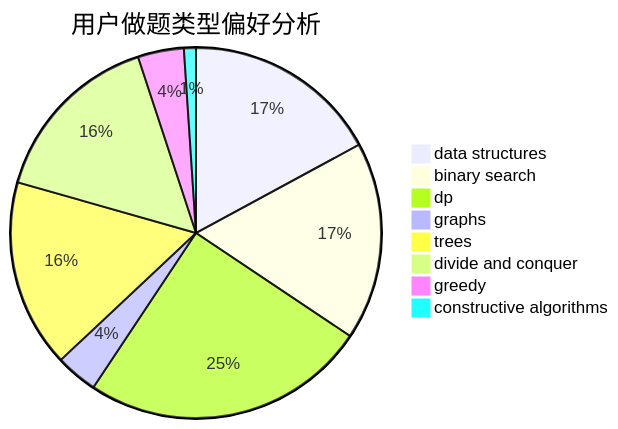
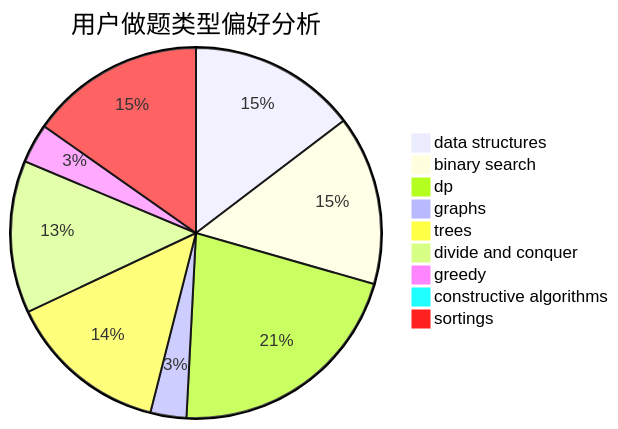
One commit to sherpahu/cfrs.github.io changed the second of 3 diagrams in docs/user/u853.md. Above: the diagram before and after it, drawn with Mermaid. The commit also changed other lines of this file and 2769 other files, not shown here.

````diff
--- a/docs/user/u853.md
+++ b/docs/user/u853.md
@@ -23,11 +18,12 @@
 ```mermaid
 pie title 用户做题类型偏好分析
     "data structures" :  98
     "binary search" :  99
     "dp" :  143
     "graphs" :  21
     "trees" :  94
     "divide and conquer" :  89
     "greedy" :  23
     "constructive algorithms" :  6
+    "sortings" :  102
 ```
````
